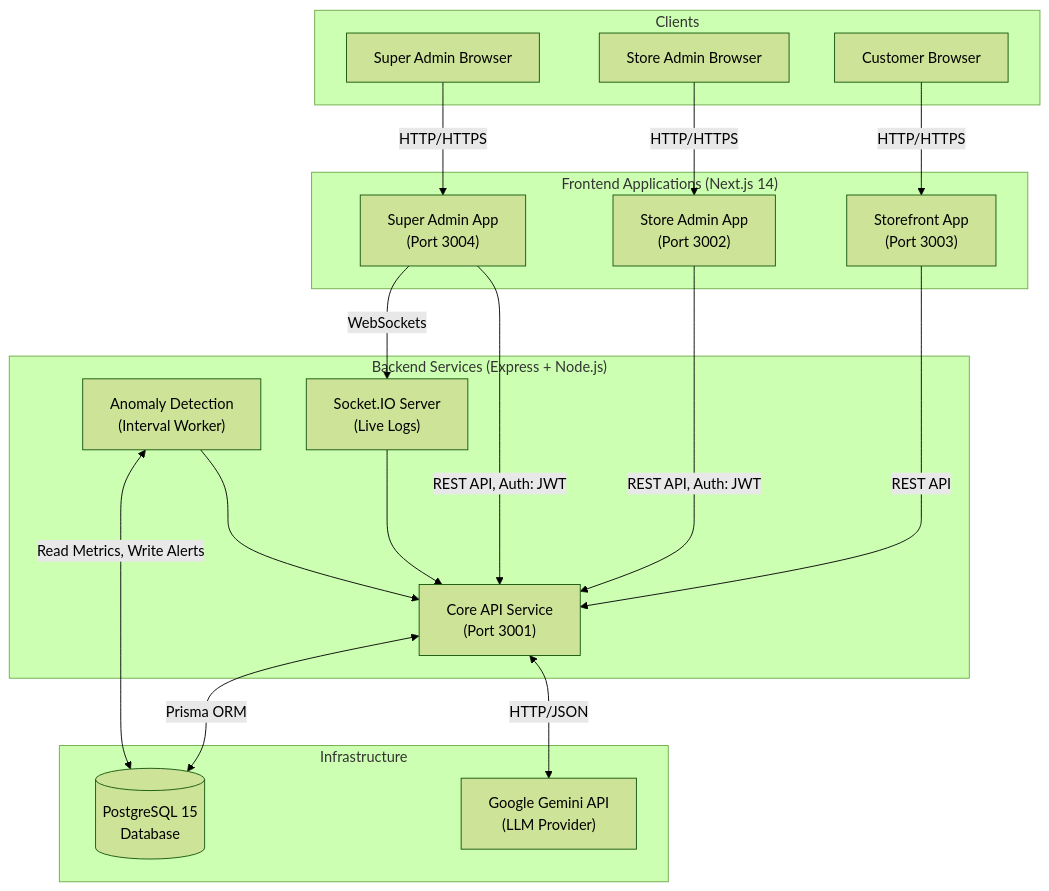
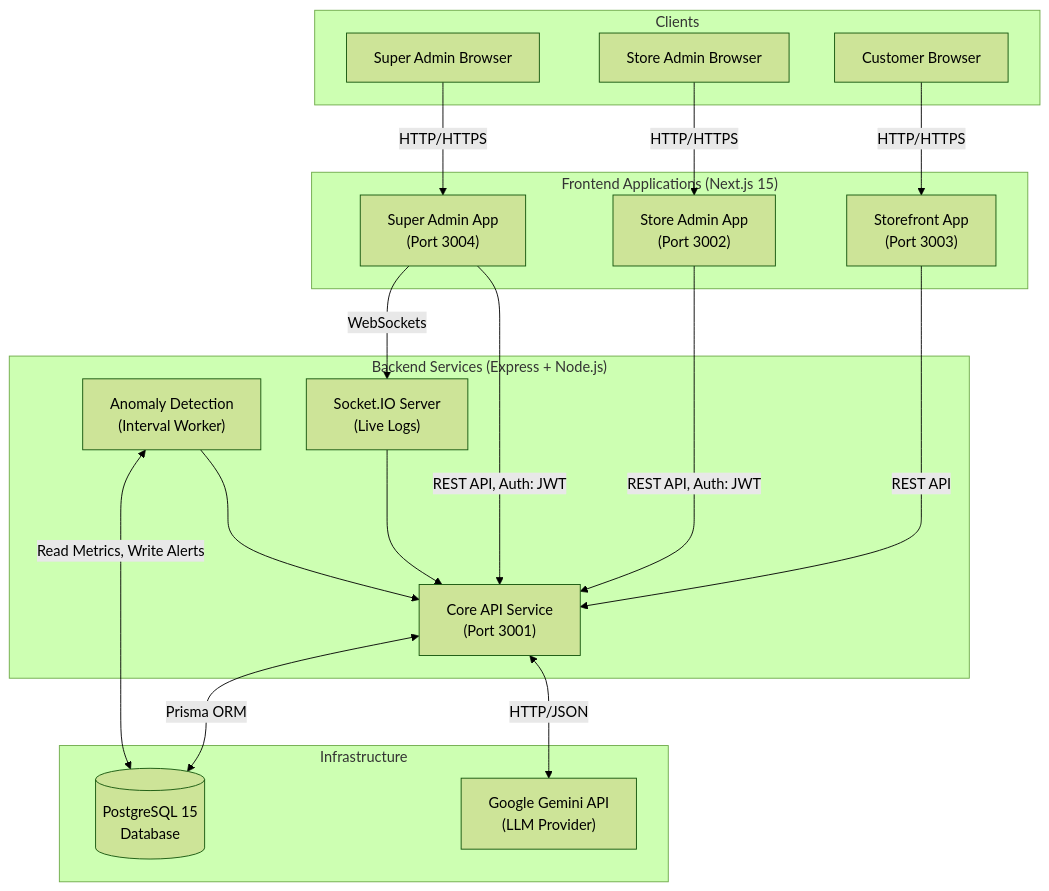
One commit to Haon1919/ecommerce-builder changed the first of 7 diagrams in ARCHITECTURE.md. Above: the diagram before and after it, drawn with Mermaid (forest theme).

Commit message:
Idk... alot of stuff?

````diff
--- a/ARCHITECTURE.md
+++ b/ARCHITECTURE.md
@@ -11,45 +11,45 @@
 ```mermaid
 flowchart TD
     %% Internet/Clients
     subgraph Clients["Clients"]
         Customer["Customer Browser"]
         StoreAdminUser["Store Admin Browser"]
         PlatformOperator["Super Admin Browser"]
     end
 
     %% Frontend Apps (Next.js)
-    subgraph Frontend["Frontend Applications (Next.js 14)"]
+    subgraph Frontend["Frontend Applications (Next.js 15)"]
         StoreApp["Storefront App\n(Port 3003)"]
         AdminApp["Store Admin App\n(Port 3002)"]
         SuperAdminApp["Super Admin App\n(Port 3004)"]
     end
 
     %% Backend Services (Express)
     subgraph Backend["Backend Services (Express + Node.js)"]
         API["Core API Service\n(Port 3001)"]
         SocketIO["Socket.IO Server\n(Live Logs)"]
         AnomalyCron["Anomaly Detection\n(Interval Worker)"]
     end
 
     %% Infrastructure & External
     subgraph Infrastructure["Infrastructure"]
         DB[(PostgreSQL 15\nDatabase)]
         GeminiAPI["Google Gemini API\n(LLM Provider)"]
     end
 
     %% Connections
     Customer -->|HTTP/HTTPS| StoreApp
     StoreAdminUser -->|HTTP/HTTPS| AdminApp
     PlatformOperator -->|HTTP/HTTPS| SuperAdminApp
 
     StoreApp -->|REST API| API
     AdminApp -->|REST API, Auth: JWT| API
     SuperAdminApp -->|REST API, Auth: JWT| API
     SuperAdminApp -->|WebSockets| SocketIO
 
     API <-->|Prisma ORM| DB
     API <-->|HTTP/JSON| GeminiAPI
     SocketIO ---> API
     AnomalyCron ---> API
     AnomalyCron <-->|Read Metrics, Write Alerts| DB
 ```
````
